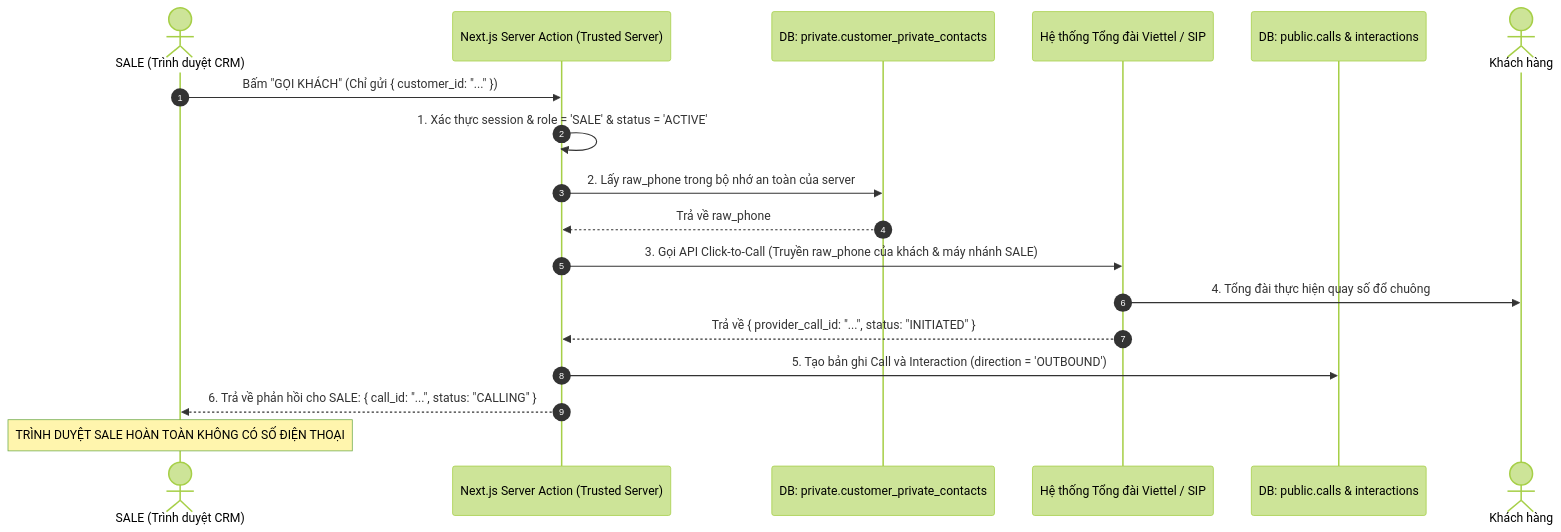
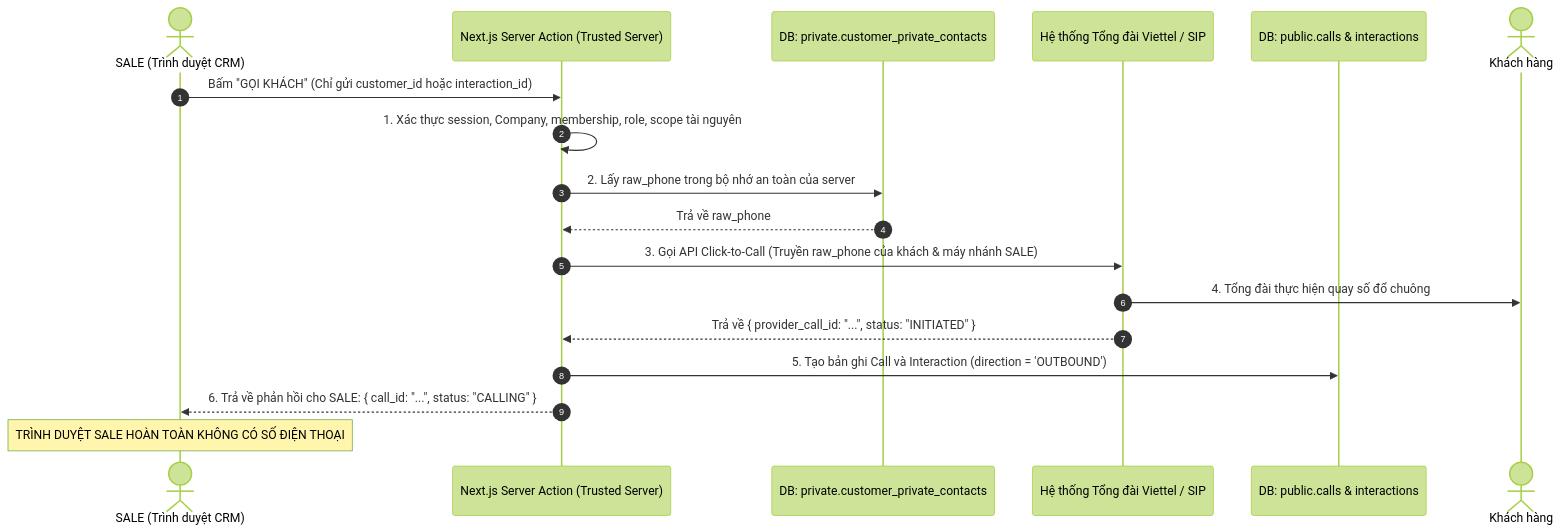
The fourth of 4 diagrams in docs/AUTH_DESIGN.md (hoanganhngo847-a11y/ai-crm-cua-chong-ngap), drawn with Mermaid (forest theme) before and after one commit. The commit also changed other lines of this file and 2 other files, not shown here.

````diff
--- a/docs/AUTH_DESIGN.md
+++ b/docs/AUTH_DESIGN.md
@@ -559,21 +579,21 @@
 ```mermaid
 sequenceDiagram
     autonumber
     actor Sale as SALE (Trình duyệt CRM)
     participant Server as Next.js Server Action (Trusted Server)
     participant PrivateDB as DB: private.customer_private_contacts
     participant PBX as Hệ thống Tổng đài Viettel / SIP
     participant CallsDB as DB: public.calls & interactions
     actor Customer as Khách hàng
 
-    Sale->>Server: Bấm "GỌI KHÁCH" (Chỉ gửi { customer_id: "..." })
-    Server->>Server: 1. Xác thực session & role = 'SALE' & status = 'ACTIVE'
+    Sale->>Server: Bấm "GỌI KHÁCH" (Chỉ gửi customer_id hoặc interaction_id)
+    Server->>Server: 1. Xác thực session, Company, membership, role, scope tài nguyên
     Server->>PrivateDB: 2. Lấy raw_phone trong bộ nhớ an toàn của server
     PrivateDB-->>Server: Trả về raw_phone
     Server->>PBX: 3. Gọi API Click-to-Call (Truyền raw_phone của khách & máy nhánh SALE)
     PBX->>Customer: 4. Tổng đài thực hiện quay số đổ chuông
     PBX-->>Server: Trả về { provider_call_id: "...", status: "INITIATED" }
     Server->>CallsDB: 5. Tạo bản ghi Call và Interaction (direction = 'OUTBOUND')
     Server-->>Sale: 6. Trả về phản hồi cho SALE: { call_id: "...", status: "CALLING" }
     Note over Sale: TRÌNH DUYỆT SALE HOÀN TOÀN KHÔNG CÓ SỐ ĐIỆN THOẠI
 ```
````
